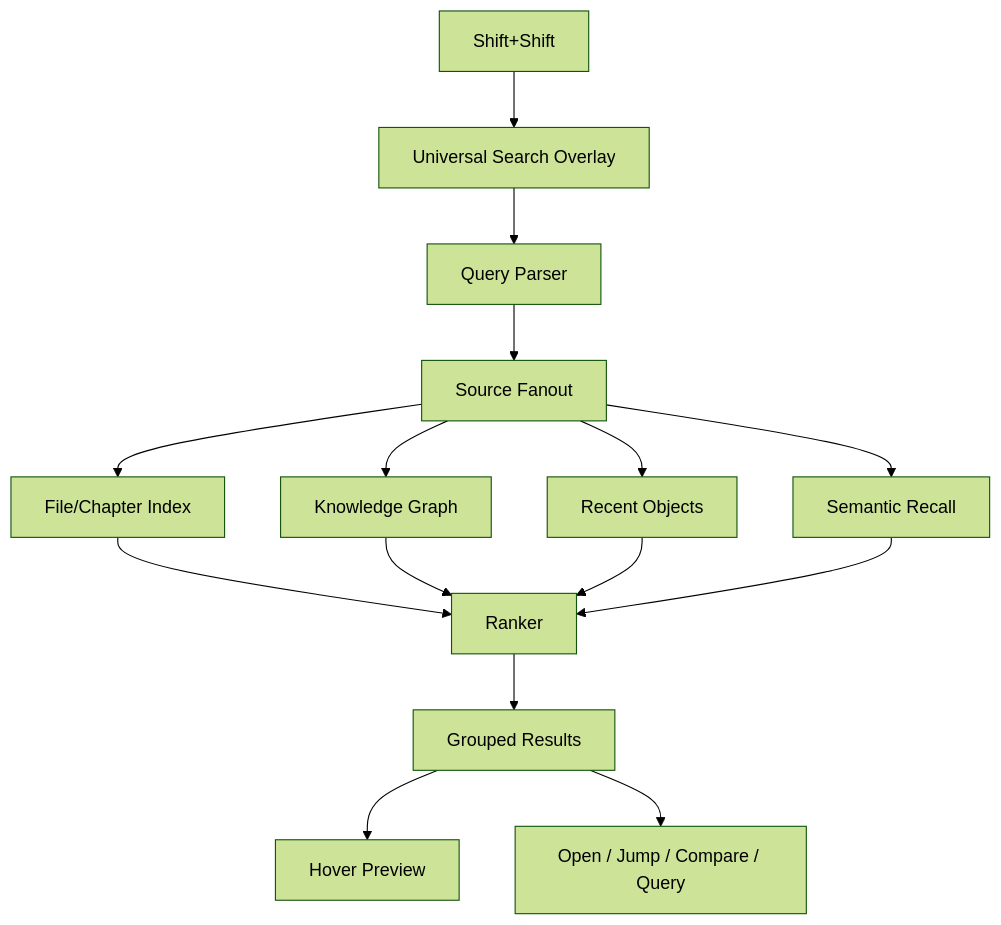
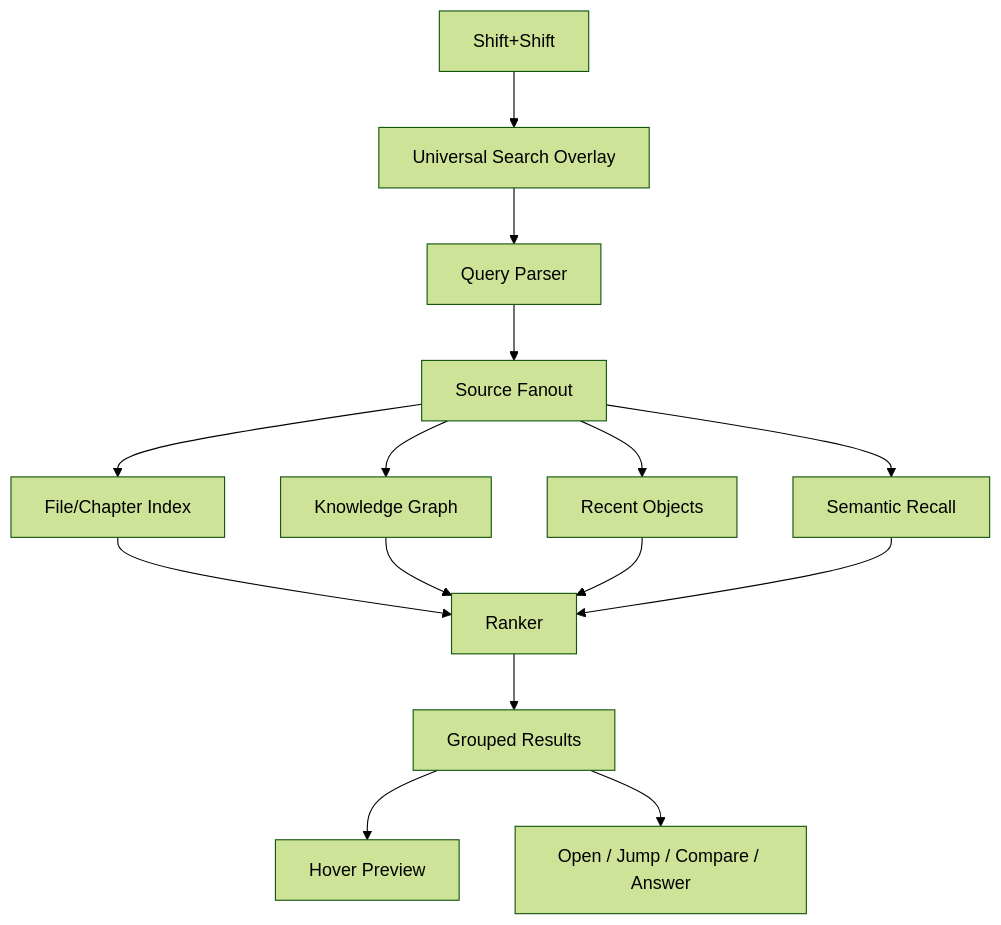
One commit to jinhuang712/open-novel changed the first of 3 diagrams in spec/M01-universal-search.md. Above: the diagram before and after it, drawn with Mermaid (forest theme). The commit also changed other lines of this file and 79 other files, not shown here.

````diff
--- a/spec/M01-universal-search.md
+++ b/spec/M01-universal-search.md
@@ -30,17 +29,17 @@
 ```mermaid
 flowchart TB
   Hotkey[Shift+Shift] --> Overlay[Universal Search Overlay]
   Overlay --> Parser[Query Parser]
   Parser --> Sources[Source Fanout]
   Sources --> Files[File/Chapter Index]
   Sources --> KG[Knowledge Graph]
   Sources --> Recent[Recent Objects]
   Sources --> Semantic[Semantic Recall]
   Files --> Ranker[Ranker]
   KG --> Ranker
   Recent --> Ranker
   Semantic --> Ranker
   Ranker --> Groups[Grouped Results]
   Groups --> Preview[Hover Preview]
-  Groups --> Action[Open / Jump / Compare / Query]
+  Groups --> Action[Open / Jump / Compare / Answer]
 ```
````
